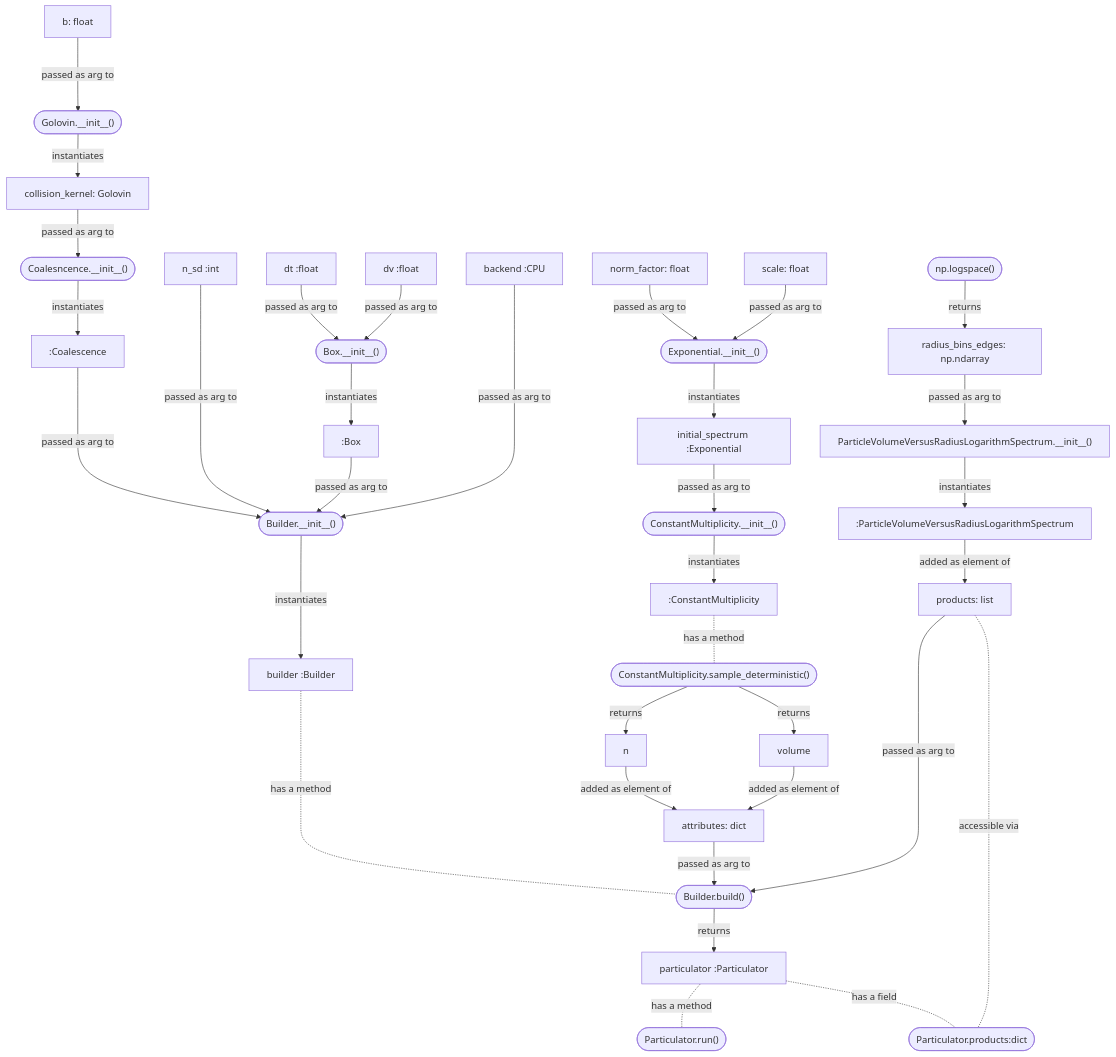
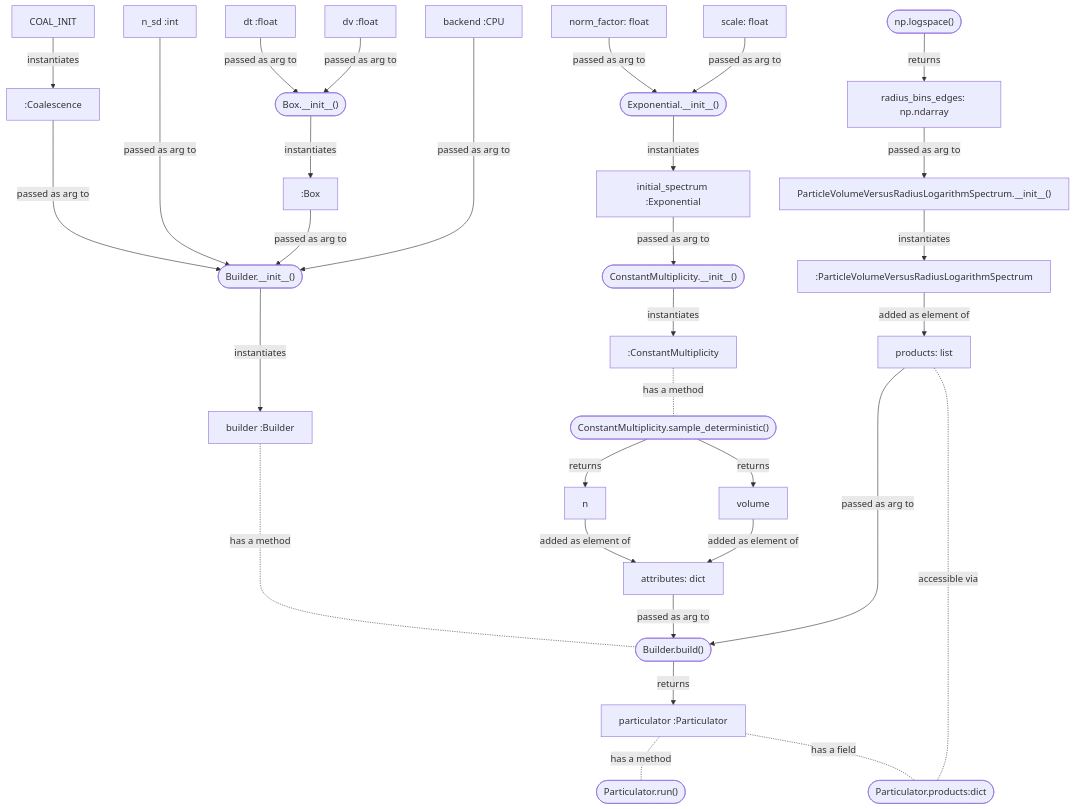
The first of 2 diagrams in docs/markdown/pysdm_landing.md (open-atmos/PySDM), drawn with Mermaid before and after one commit. The commit also changed other lines of this file, not shown here.

````diff
--- a/docs/markdown/pysdm_landing.md
+++ b/docs/markdown/pysdm_landing.md
@@ -300,55 +302,52 @@
 ```mermaid
  graph
     COAL[":Coalescence"] --->|passed as arg to| BUILDER_INIT(["Builder.__init__()"])
     BUILDER_INSTANCE["builder :Builder"] -...-|has a method| BUILDER_BUILD(["Builder.build()"])
     ATTRIBUTES[attributes: dict] -->|passed as arg to| BUILDER_BUILD
     N_SD["n_sd :int"] ---->|passed as arg to| BUILDER_INIT
     BUILDER_INIT(["Builder.__init__()"]) --->|instantiates| BUILDER_INSTANCE
     ENV_INIT(["Box.__init__()"]) -->|instantiates| ENV
     DT[dt :float] -->|passed as arg to| ENV_INIT
     DV[dv :float] -->|passed as arg to| ENV_INIT
     ENV[":Box"] -->|passed as arg to| BUILDER_INIT
-    B["b: float"] --->|passed as arg to| KERNEL_INIT(["Golovin.__init__()"])
-    KERNEL_INIT -->|instantiates| KERNEL
-    KERNEL[collision_kernel: Golovin] -->|passed as arg to| COAL_INIT(["Coalesncence.__init__()"])
     COAL_INIT -->|instantiates| COAL
     PRODUCTS[products: list] ----->|passed as arg to| BUILDER_BUILD
     NORM_FACTOR[norm_factor: float]-->|passed as arg to| EXP_INIT
     SCALE[scale: float]-->|passed as arg to| EXP_INIT
     EXP_INIT(["Exponential.__init__()"]) -->|instantiates| IS
     IS["initial_spectrum :Exponential"] -->|passed as arg to| CM_INIT
     CM_INIT(["ConstantMultiplicity.__init__()"]) -->|instantiates| CM_INSTANCE
     CM_INSTANCE[":ConstantMultiplicity"] -.-|has a method| SAMPLE
     SAMPLE(["ConstantMultiplicity.sample_deterministic()"]) -->|returns| n
     SAMPLE -->|returns| volume
     n -->|added as element of| ATTRIBUTES
     PARTICULATOR_INSTANCE -.-|has a method| PARTICULATOR_RUN(["Particulator.run()"])
     volume -->|added as element of| ATTRIBUTES
     BUILDER_BUILD -->|returns| PARTICULATOR_INSTANCE["particulator :Particulator"]
     PARTICULATOR_INSTANCE -.-|has a field| PARTICULATOR_PROD(["Particulator.products:dict"])
     BACKEND_INSTANCE["backend :CPU"] ---->|passed as arg to| BUILDER_INIT
     PRODUCTS -.-|accessible via| PARTICULATOR_PROD
     NP_LOGSPACE(["np.logspace()"]) -->|returns| EDGES
     EDGES[radius_bins_edges: np.ndarray] -->|passed as arg to| SPECTRUM_INIT
     SPECTRUM_INIT["ParticleVolumeVersusRadiusLogarithmSpectrum.__init__()"] -->|instantiates| SPECTRUM
     SPECTRUM[":ParticleVolumeVersusRadiusLogarithmSpectrum"] -->|added as element of| PRODUCTS
 
     click COAL "https://open-atmos.github.io/PySDM/PySDM/dynamics/collisions/collision.html#Coalescence"
     click BUILDER_INSTANCE "https://open-atmos.github.io/PySDM/PySDM/builder.html"
     click BUILDER_INIT "https://open-atmos.github.io/PySDM/PySDM/builder.html"
     click ENV_INIT "https://open-atmos.github.io/PySDM/PySDM/environments.html"
     click ENV "https://open-atmos.github.io/PySDM/PySDM/environments.html"
     click KERNEL_INIT "https://open-atmos.github.io/PySDM/PySDM/dynamics/collisions/collision_kernels.html"
     click KERNEL "https://open-atmos.github.io/PySDM/PySDM/dynamics/collisions/collision_kernels.html"
     click EXP_INIT "https://open-atmos.github.io/PySDM/PySDM/initialisation/spectra.html"
     click IS "https://open-atmos.github.io/PySDM/PySDM/initialisation/spectra.html"
     click CM_INIT "https://open-atmos.github.io/PySDM/PySDM/initialisation/sampling/spectral_sampling.html"
     click CM_INSTANCE "https://open-atmos.github.io/PySDM/PySDM/initialisation/sampling/spectral_sampling.html"
     click SAMPLE "https://open-atmos.github.io/PySDM/PySDM/initialisation/sampling/spectral_sampling.html"
     click PARTICULATOR_INSTANCE "https://open-atmos.github.io/PySDM/PySDM/particulator.html"
     click BACKEND_INSTANCE "https://open-atmos.github.io/PySDM/PySDM/backends/numba.html"
     click BUILDER_BUILD "https://open-atmos.github.io/PySDM/PySDM/builder.html"
     click NP_LOGSPACE "https://numpy.org/doc/stable/reference/generated/numpy.logspace.html"
     click SPECTRUM_INIT "https://open-atmos.github.io/PySDM/PySDM/products/size_spectral/particle_volume_versus_radius_logarithm_spectrum.html"
     click SPECTRUM "https://open-atmos.github.io/PySDM/PySDM/products/size_spectral/particle_volume_versus_radius_logarithm_spectrum.html"
 ```
````
